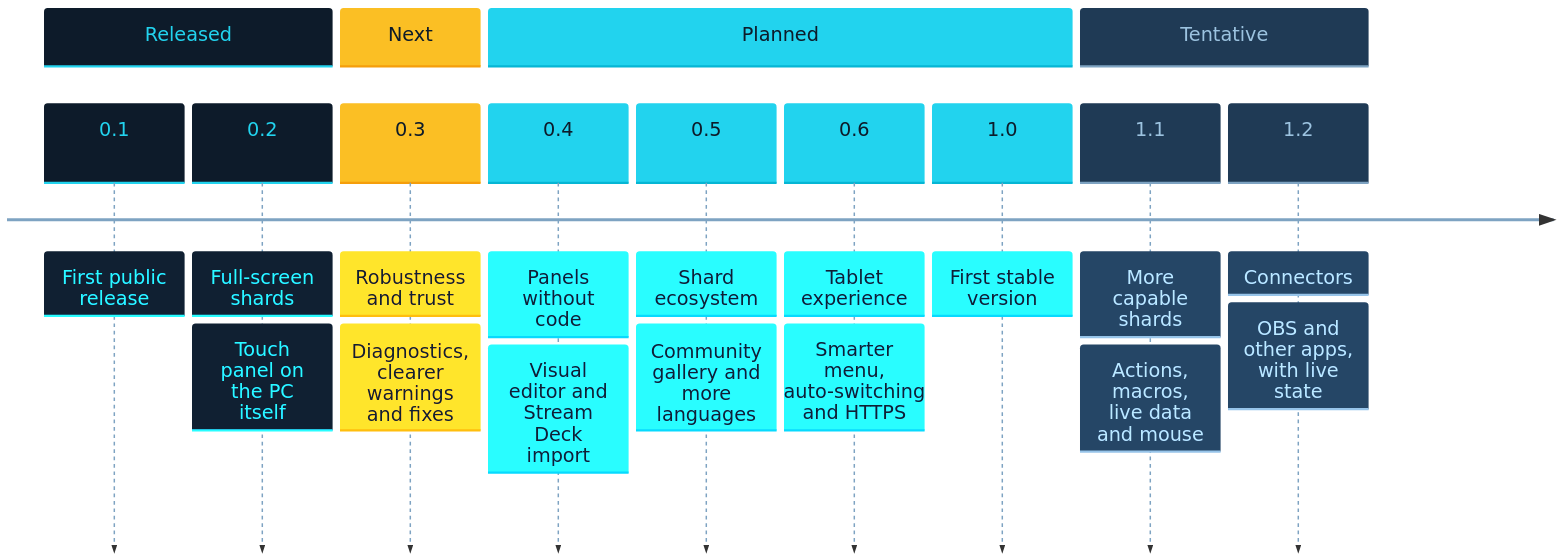
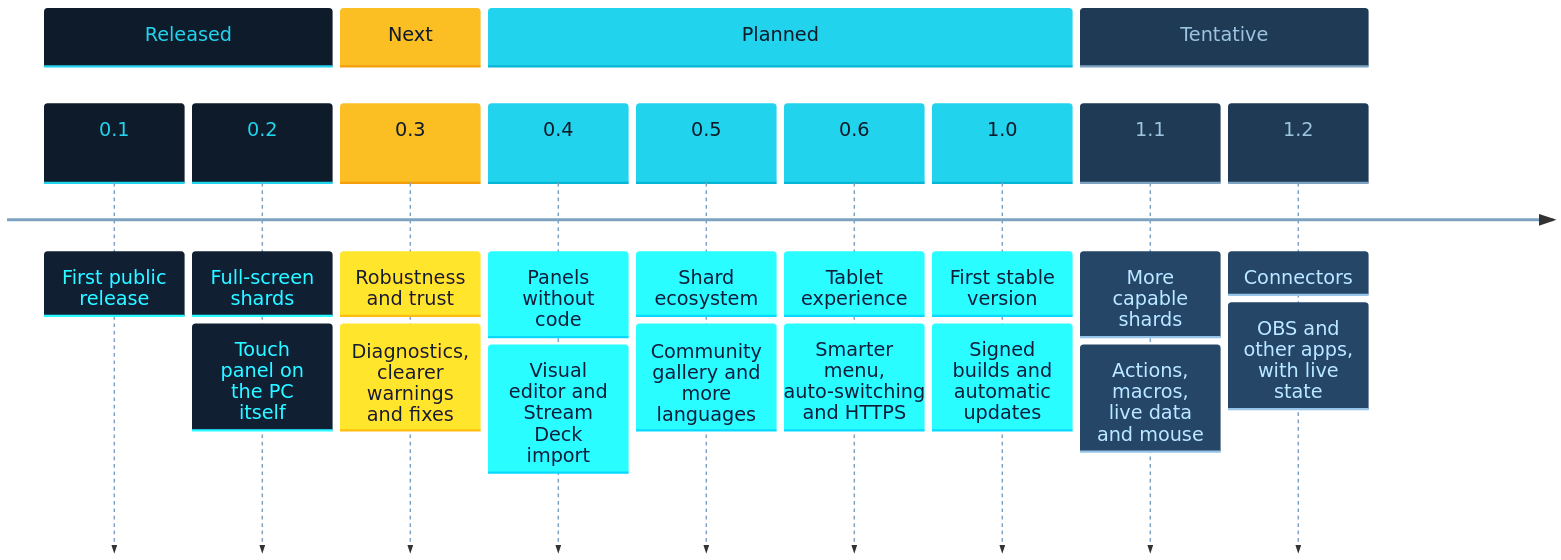
Before and after one commit to libreshard/libreshard: the diagram in README.md, drawn with Mermaid. The commit also changed other lines of this file and 2 other files, not shown here.

````diff
--- a/README.md
+++ b/README.md
@@ -178,17 +178,17 @@
 ```mermaid
 %%{init: {"theme": "base", "themeVariables": {"fontSize": "26px", "cScale0": "#0d1b2a", "cScaleLabel0": "#22d3ee", "cScaleInv0": "#22d3ee", "cScale1": "#fbbf24", "cScaleLabel1": "#0d1b2a", "cScaleInv1": "#f59e0b", "cScale2": "#22d3ee", "cScaleLabel2": "#0d1b2a", "cScaleInv2": "#06b6d4", "cScale3": "#1f3a55", "cScaleLabel3": "#9cc3e0", "cScaleInv3": "#7ea3c2", "cScaleLabel11": "#7ea3c2"}, "themeCSS": ".eventWrapper { filter: none; }"}}%%
 timeline
     section Released
         0.1 : First public release
         0.2 : Full-screen shards : Touch panel on the PC itself
     section Next
         0.3 : Robustness and trust : Diagnostics, clearer warnings and fixes
     section Planned
         0.4 : Panels without code : Visual editor and Stream Deck import
         0.5 : Shard ecosystem : Community gallery and more languages
         0.6 : Tablet experience : Smarter menu, auto-switching and HTTPS
-        1.0 : First stable version
+        1.0 : First stable version : Signed builds and automatic updates
     section Tentative
         1.1 : More capable shards : Actions, macros, live data and mouse
         1.2 : Connectors : OBS and other apps, with live state
 ```
````
